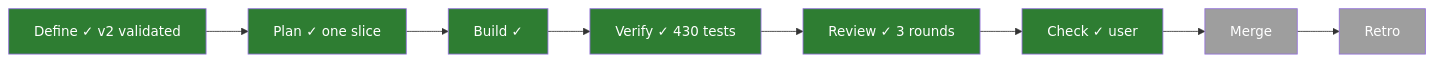
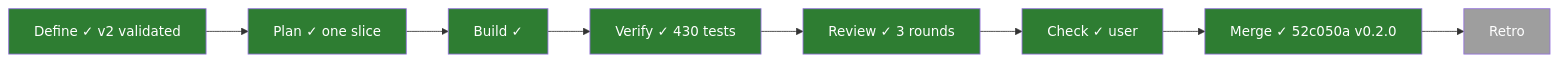
The first of 2 diagrams in .task/065-cream-palette.md (PaliCanon/ui-lib), drawn with Mermaid before and after one commit. The commit also changed other lines of this file, not shown here.

Commit message:
chore(task): 065 merged — 52c050a, v0.2.0

````diff
--- a/.task/065-cream-palette.md
+++ b/.task/065-cream-palette.md
@@ -12,7 +12,7 @@
 ```mermaid
 flowchart LR
-  Define["Define ✓ v2 validated"]:::done --> Plan["Plan ✓ one slice"]:::done --> Build["Build ✓"]:::done --> Verify["Verify ✓ 430 tests"]:::done --> Review["Review ✓ 3 rounds"]:::done --> Check["Check ✓ user"]:::done --> Merge:::todo --> Retro:::todo
+  Define["Define ✓ v2 validated"]:::done --> Plan["Plan ✓ one slice"]:::done --> Build["Build ✓"]:::done --> Verify["Verify ✓ 430 tests"]:::done --> Review["Review ✓ 3 rounds"]:::done --> Check["Check ✓ user"]:::done --> Merge["Merge ✓ 52c050a v0.2.0"]:::done --> Retro:::todo
   classDef doing fill:#f9a825,color:#000
   classDef done fill:#2e7d32,color:#fff
   classDef todo fill:#9e9e9e,color:#fff
 ```
````
